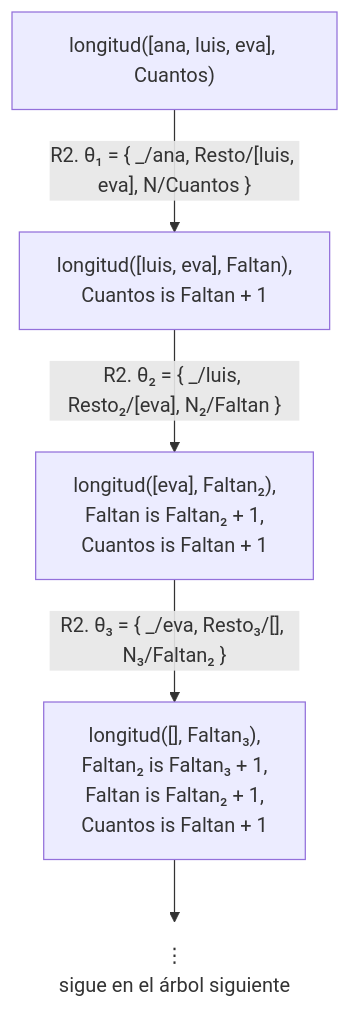
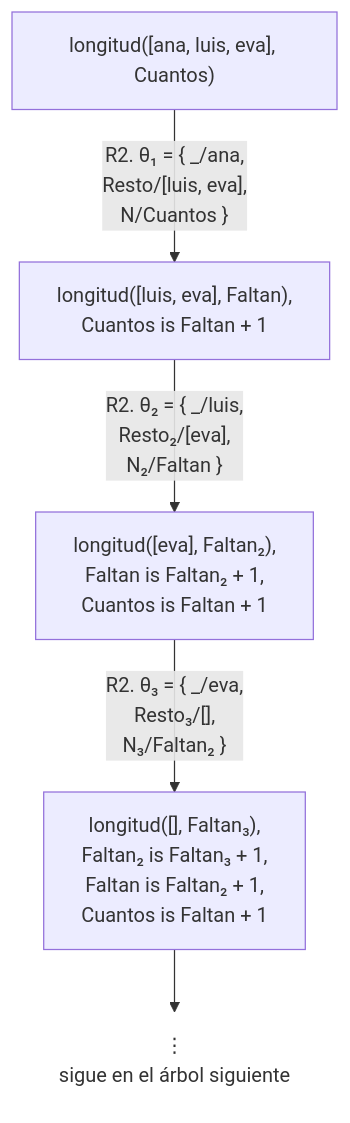
The fifth of 10 diagrams in docs/capitulo-07-listas/index.md (CesarBallardini/curso-de-prolog), drawn with Mermaid before and after one commit. The commit also changed other lines of this file and 24 other files, not shown here.

First line of the commit message:
feat(docs): botones para ocultar las columnas laterales y etiquetas cortas en los diagramas

````diff
--- a/docs/capitulo-07-listas/index.md
+++ b/docs/capitulo-07-listas/index.md
@@ -350,9 +350,9 @@
 ```mermaid
 flowchart TD
-    A["longitud([ana, luis, eva], Cuantos)"] -- "R2. θ₁ = {&nbsp;_/ana, Resto/[luis, eva], N/Cuantos&nbsp;}" --> B["longitud([luis, eva], Faltan),<br/>Cuantos is Faltan + 1"]
-    B -- "R2. θ₂ = {&nbsp;_/luis, Resto₂/[eva], N₂/Faltan&nbsp;}" --> C["longitud([eva], Faltan₂),<br/>Faltan is Faltan₂ + 1,<br/>Cuantos is Faltan + 1"]
-    C -- "R2. θ₃ = {&nbsp;_/eva, Resto₃/[], N₃/Faltan₂&nbsp;}" --> D["longitud([], Faltan₃),<br/>Faltan₂ is Faltan₃ + 1,<br/>Faltan is Faltan₂ + 1,<br/>Cuantos is Faltan + 1"]
+    A["longitud([ana, luis, eva], Cuantos)"] -- "R2. θ₁ = {&nbsp;_/ana,<br/>Resto/[luis, eva],<br/>N/Cuantos&nbsp;}" --> B["longitud([luis, eva], Faltan),<br/>Cuantos is Faltan + 1"]
+    B -- "R2. θ₂ = {&nbsp;_/luis,<br/>Resto₂/[eva],<br/>N₂/Faltan&nbsp;}" --> C["longitud([eva], Faltan₂),<br/>Faltan is Faltan₂ + 1,<br/>Cuantos is Faltan + 1"]
+    C -- "R2. θ₃ = {&nbsp;_/eva,<br/>Resto₃/[],<br/>N₃/Faltan₂&nbsp;}" --> D["longitud([], Faltan₃),<br/>Faltan₂ is Faltan₃ + 1,<br/>Faltan is Faltan₂ + 1,<br/>Cuantos is Faltan + 1"]
     D --> V["⋮<br/>sigue en el árbol siguiente"]
     classDef abierto fill:none,stroke:none;
     class V abierto;
 ```
````
